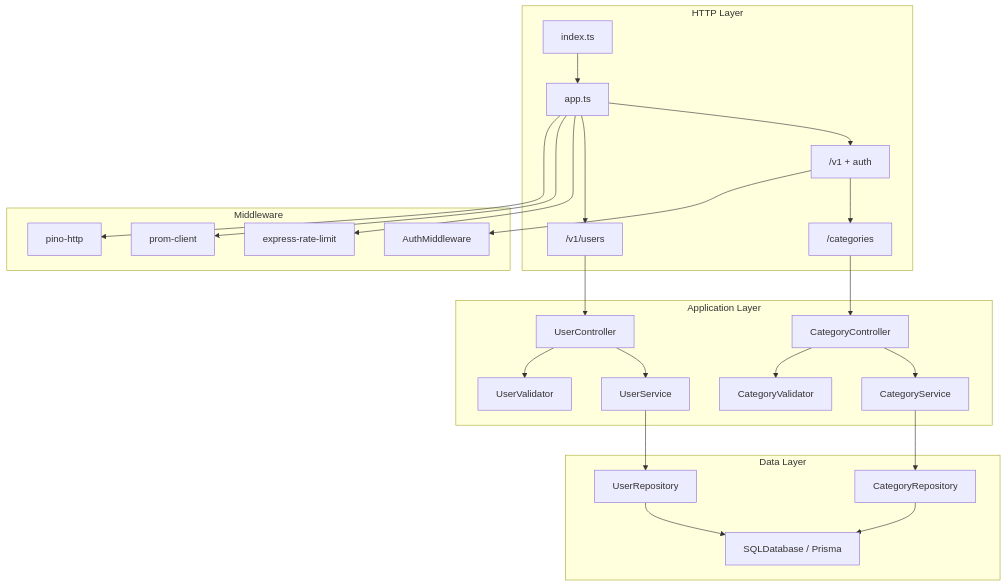
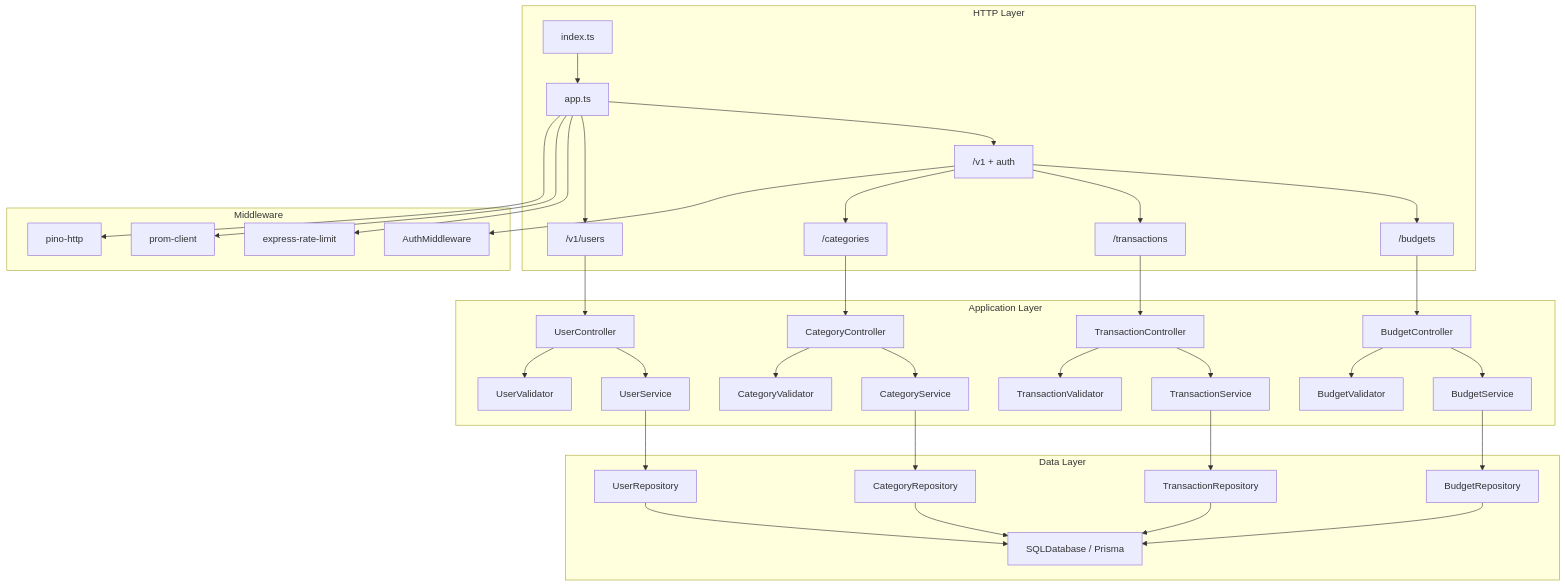
One commit to ashikahmedfahim/personal-expense-tracker changed the diagram in README.md. Above: the diagram before and after it, drawn with Mermaid. The commit also changed other lines of this file and 4 other files, not shown here.

````diff
--- a/README.md
+++ b/README.md
@@ -22,51 +25,73 @@
 ```mermaid
 flowchart TB
   subgraph http [HTTP Layer]
     Index["index.ts"]
     App["app.ts"]
     UserRoutes["/v1/users"]
     Protected["/v1 + auth"]
     CatRoutes["/categories"]
+    TxRoutes["/transactions"]
+    BudRoutes["/budgets"]
   end
 
   subgraph middleware [Middleware]
     Logger["pino-http"]
     Metrics["prom-client"]
     RateLimit["express-rate-limit"]
     Auth["AuthMiddleware"]
   end
 
   subgraph app [Application Layer]
     UserCtrl["UserController"]
     CatCtrl["CategoryController"]
+    TxCtrl["TransactionController"]
+    BudCtrl["BudgetController"]
     UserVal["UserValidator"]
     CatVal["CategoryValidator"]
+    TxVal["TransactionValidator"]
+    BudVal["BudgetValidator"]
     UserSvc["UserService"]
     CatSvc["CategoryService"]
+    TxSvc["TransactionService"]
+    BudSvc["BudgetService"]
   end
 
   subgraph data [Data Layer]
     UserRepo["UserRepository"]
     CatRepo["CategoryRepository"]
+    TxRepo["TransactionRepository"]
+    BudRepo["BudgetRepository"]
     DB["SQLDatabase / Prisma"]
   end
 
   Index --> App
   App --> Logger
   App --> Metrics
   App --> RateLimit
   App --> UserRoutes
   App --> Protected
   Protected --> Auth
   Protected --> CatRoutes
+  Protected --> TxRoutes
+  Protected --> BudRoutes
   UserRoutes --> UserCtrl
   CatRoutes --> CatCtrl
+  TxRoutes --> TxCtrl
+  BudRoutes --> BudCtrl
   UserCtrl --> UserVal
   UserCtrl --> UserSvc
   CatCtrl --> CatVal
   CatCtrl --> CatSvc
+  TxCtrl --> TxVal
+  TxCtrl --> TxSvc
+  BudCtrl --> BudVal
+  BudCtrl --> BudSvc
   UserSvc --> UserRepo
   CatSvc --> CatRepo
+  TxSvc --> TxRepo
+  BudSvc --> BudRepo
   UserRepo --> DB
   CatRepo --> DB
+  TxRepo --> DB
+  BudRepo --> DB
 ```
````
